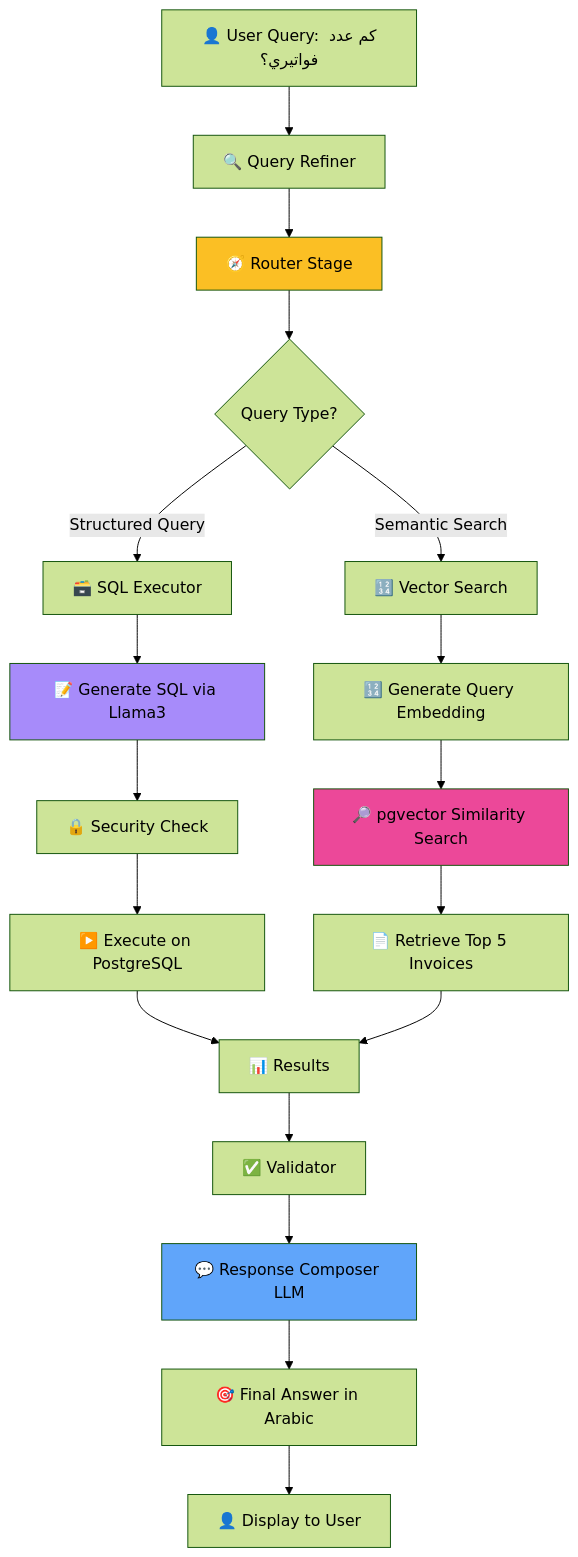
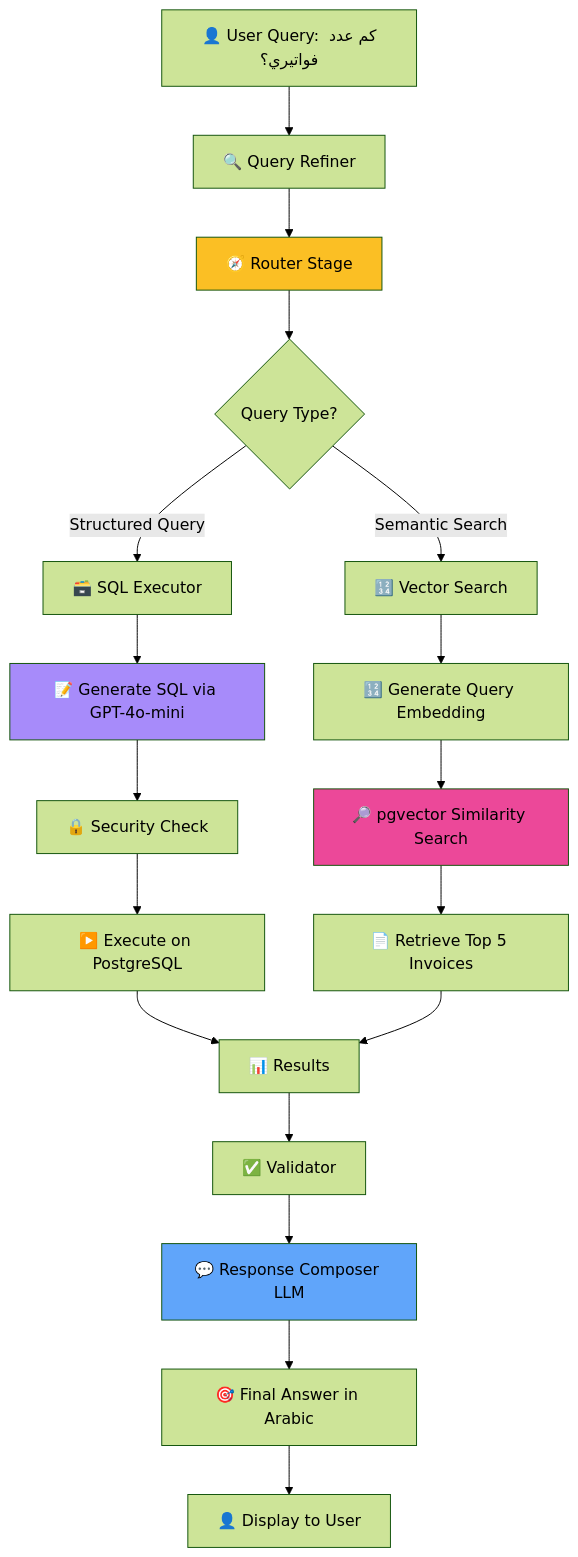
Before and after one commit to AI-AugToOct/capstone-project-invoice-mangement-system: the sixth of 8 diagrams in Readme.md, drawn with Mermaid (forest theme). The commit also changed other lines of this file, not shown here.

````diff
--- a/Readme.md
+++ b/Readme.md
@@ -401,25 +401,25 @@
 ```mermaid
 graph TD
     A[👤 User Query: كم عدد فواتيري؟] --> B[🔍 Query Refiner]
     B --> C[🧭 Router Stage]
     C --> D{Query Type?}
     D -->|Structured Query| E[🗃️ SQL Executor]
     D -->|Semantic Search| F[🔢 Vector Search]
-    E --> E1[📝 Generate SQL via Llama3]
+    E --> E1[📝 Generate SQL via GPT-4o-mini]
     E1 --> E2[🔒 Security Check]
     E2 --> E3[▶️ Execute on PostgreSQL]
     E3 --> G[📊 Results]
     F --> F1[🔢 Generate Query Embedding]
     F1 --> F2[🔎 pgvector Similarity Search]
     F2 --> F3[📄 Retrieve Top 5 Invoices]
     F3 --> G
     G --> H[✅ Validator]
     H --> I[💬 Response Composer LLM]
     I --> J[🎯 Final Answer in Arabic]
     J --> K[👤 Display to User]
     
     style C fill:#fbbf24
     style E1 fill:#a78bfa
     style F2 fill:#ec4899
     style I fill:#60a5fa
 ```
````
